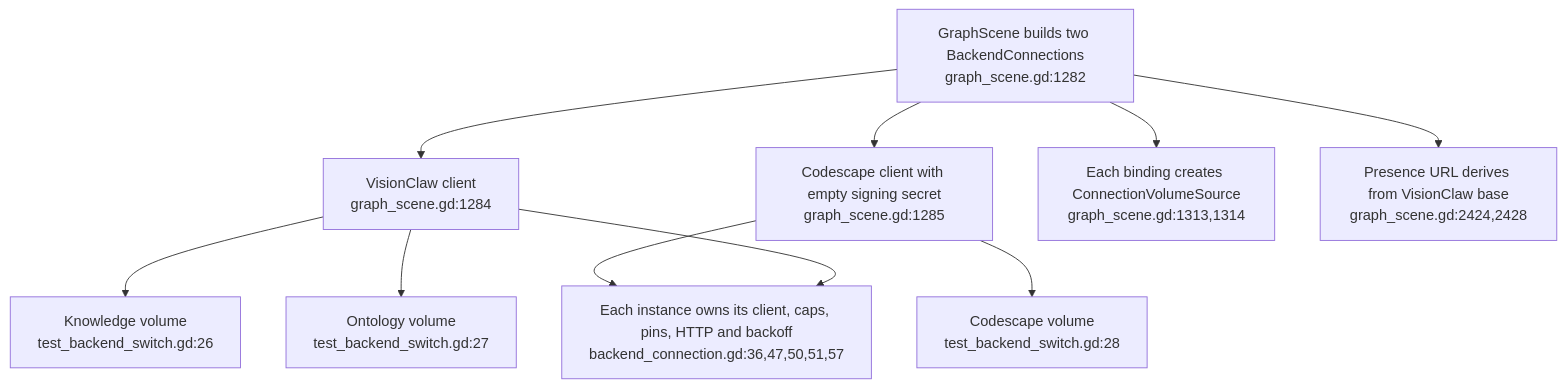
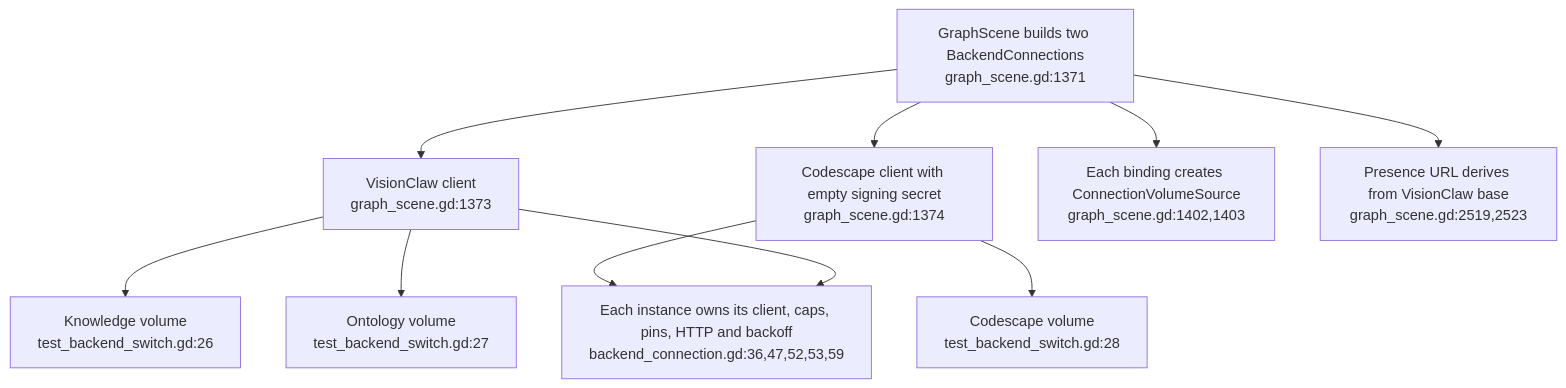
Before and after one commit to DreamLab-AI/VisionFlow: the first of 3 diagrams in docs/diagrams/visionclaw/44-xr-concurrent-backend-connections.md, drawn with Mermaid. The commit also changed other lines of this file and 173 other files, not shown here.

First line of the commit message:
docs(audit): estate audit wave 3, agentbox and VisionClaw; ledger complete

````diff
--- a/docs/diagrams/visionclaw/44-xr-concurrent-backend-connections.md
+++ b/docs/diagrams/visionclaw/44-xr-concurrent-backend-connections.md
@@ -32,12 +32,12 @@
 ```mermaid
 flowchart TD
-    SC["GraphScene builds two BackendConnections<br/>graph_scene.gd:1282"] --> VC["VisionClaw client<br/>graph_scene.gd:1284"]
-    SC --> CS["Codescape client with empty signing secret<br/>graph_scene.gd:1285"]
+    SC["GraphScene builds two BackendConnections<br/>graph_scene.gd:1371"] --> VC["VisionClaw client<br/>graph_scene.gd:1373"]
+    SC --> CS["Codescape client with empty signing secret<br/>graph_scene.gd:1374"]
     VC --> K["Knowledge volume<br/>test_backend_switch.gd:26"]
     VC --> O["Ontology volume<br/>test_backend_switch.gd:27"]
     CS --> C["Codescape volume<br/>test_backend_switch.gd:28"]
-    SC --> SRC["Each binding creates ConnectionVolumeSource<br/>graph_scene.gd:1313,1314"]
-    SC --> PR["Presence URL derives from VisionClaw base<br/>graph_scene.gd:2424,2428"]
-    CS --> OWN["Each instance owns its client, caps, pins, HTTP and backoff<br/>backend_connection.gd:36,47,50,51,57"]
+    SC --> SRC["Each binding creates ConnectionVolumeSource<br/>graph_scene.gd:1402,1403"]
+    SC --> PR["Presence URL derives from VisionClaw base<br/>graph_scene.gd:2519,2523"]
+    CS --> OWN["Each instance owns its client, caps, pins, HTTP and backoff<br/>backend_connection.gd:36,47,52,53,59"]
     VC --> OWN
 ```
````
